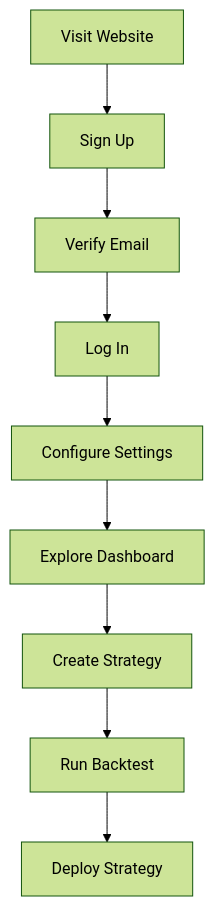
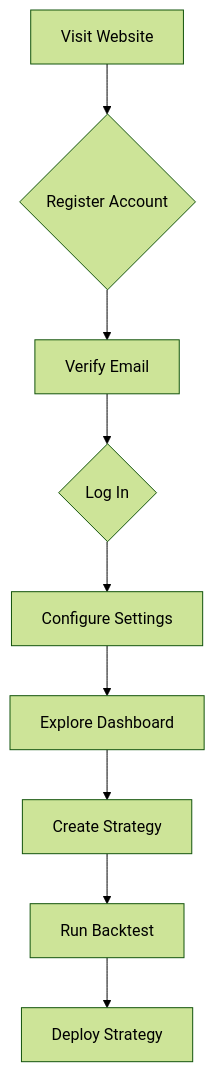
The first of 5 diagrams in docs/14. User Documentation - Algorithmic Trading System.markdown (vincentspereira/Algorithmic-Trading-System), drawn with Mermaid (forest theme) before and after one commit. The commit also changed other lines of this file and 59 other files, not shown here.

````diff
--- a/docs/14. User Documentation - Algorithmic Trading System.markdown
+++ b/docs/14. User Documentation - Algorithmic Trading System.markdown
@@ -71,11 +105,11 @@
 ```mermaid
 graph TD
-    A[Visit Website] --> B[Sign Up]
+    A[Visit Website] --> B{Register Account}
     B --> C[Verify Email]
-    C --> D[Log In]
+    C --> D{Log In}
     D --> E[Configure Settings]
     E --> F[Explore Dashboard]
     F --> G[Create Strategy]
     G --> H[Run Backtest]
     H --> I[Deploy Strategy]
 ```
````
